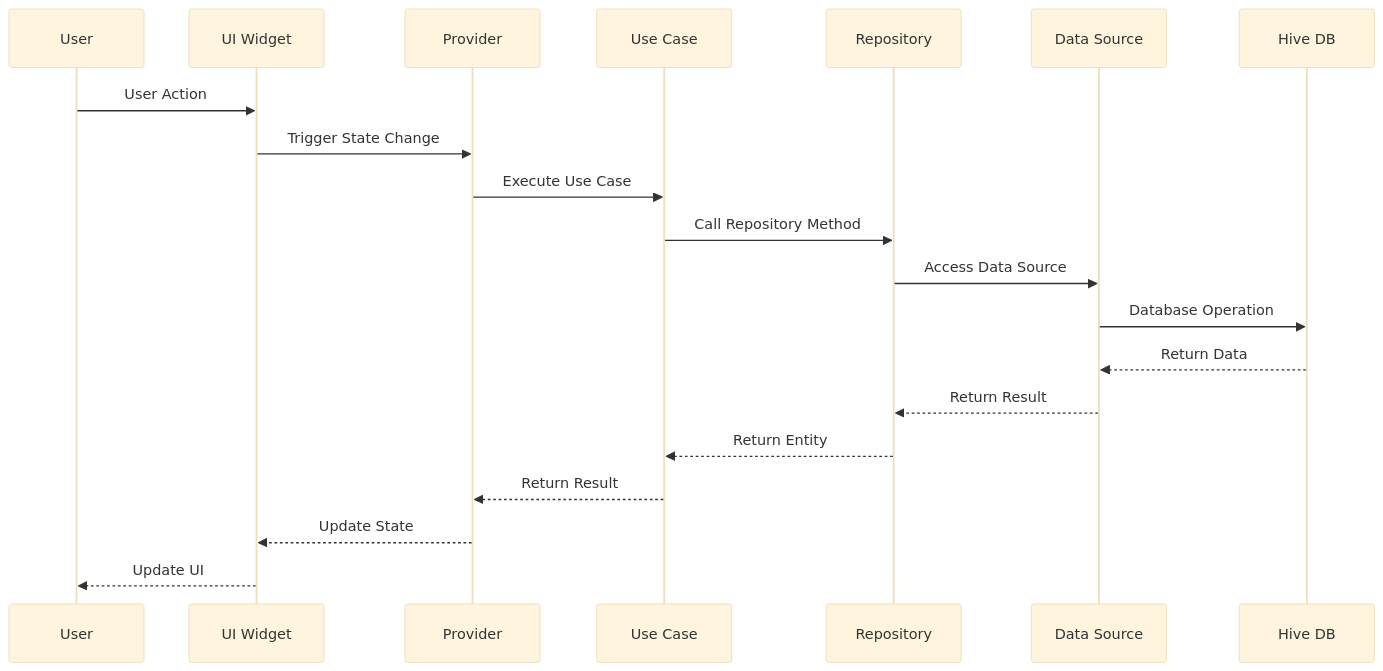
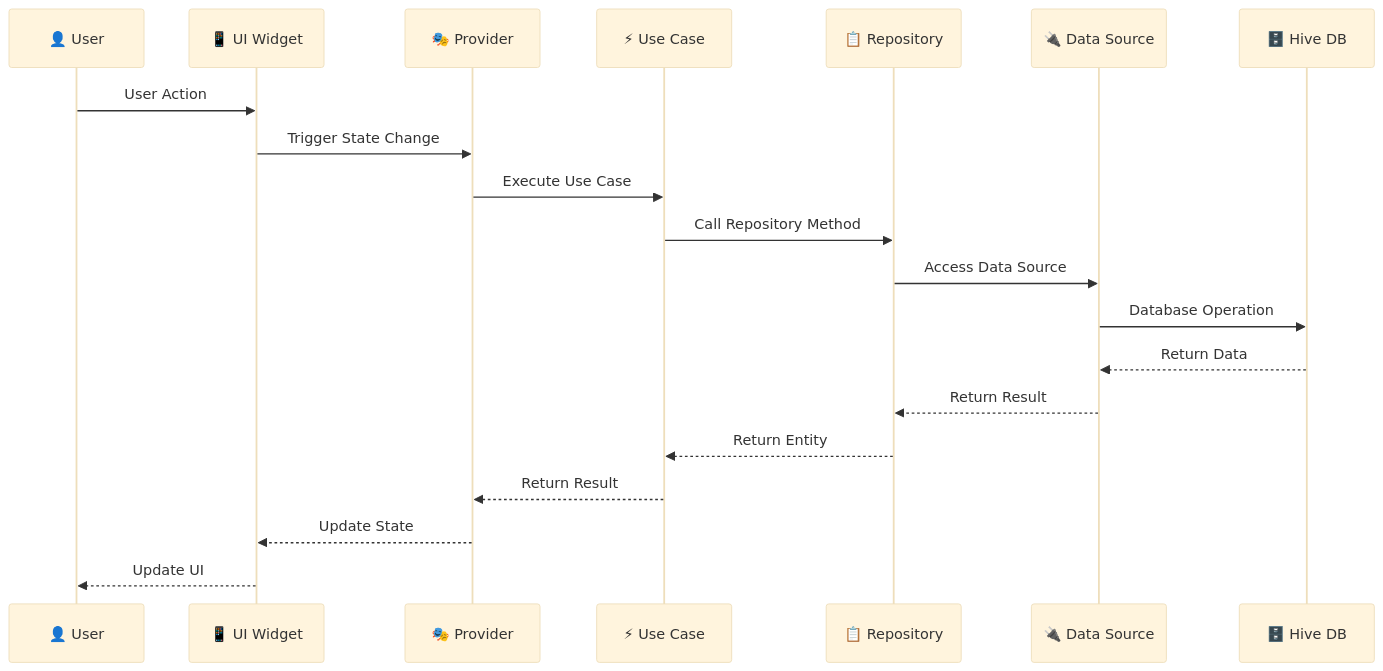
The second of 8 diagrams in README.md (sagarkhakhar/ExpenseTracker), drawn with Mermaid (base theme) before and after one commit. The commit also changed other lines of this file, not shown here.

````diff
--- a/README.md
+++ b/README.md
@@ -163,23 +170,23 @@
 ```mermaid
 sequenceDiagram
-    participant U as User
-    participant UI as UI Widget
-    participant P as Provider
-    participant UC as Use Case
-    participant R as Repository
-    participant DS as Data Source
-    participant H as Hive DB
+    participant U as 👤 User
+    participant UI as 📱 UI Widget
+    participant P as 🎭 Provider
+    participant UC as ⚡ Use Case
+    participant R as 📋 Repository
+    participant DS as 🔌 Data Source
+    participant H as 🗄️ Hive DB
 
     U->>UI: User Action
     UI->>P: Trigger State Change
     P->>UC: Execute Use Case
     UC->>R: Call Repository Method
     R->>DS: Access Data Source
     DS->>H: Database Operation
     H-->>DS: Return Data
     DS-->>R: Return Result
     R-->>UC: Return Entity
     UC-->>P: Return Result
     P-->>UI: Update State
     UI-->>U: Update UI
 ```
````
